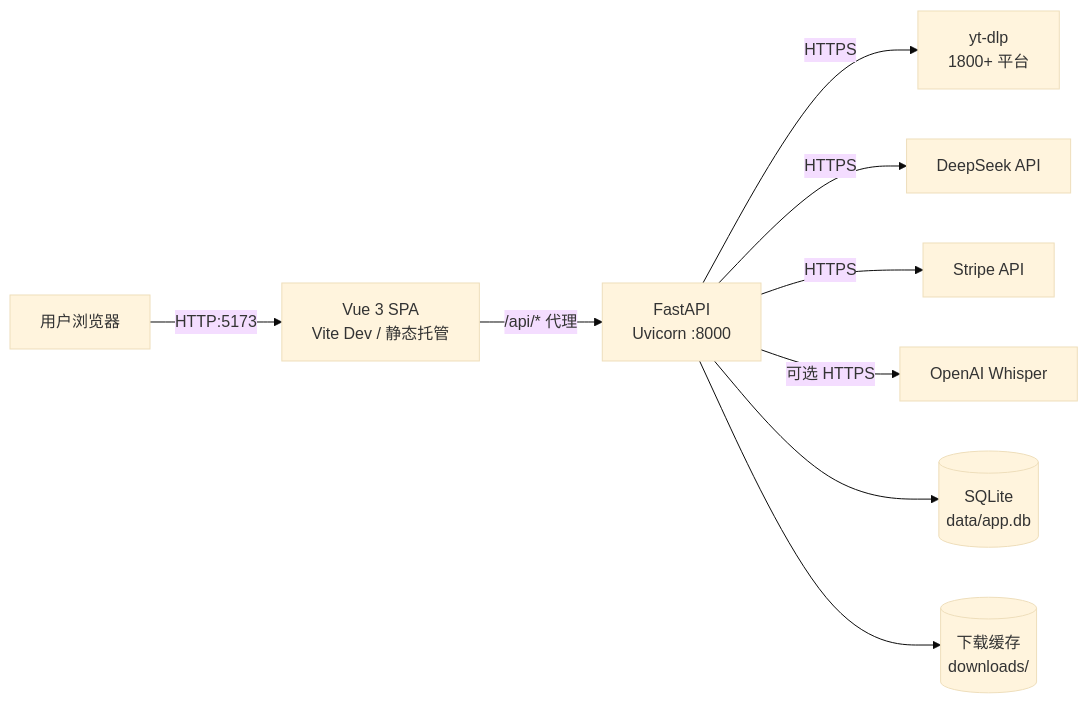
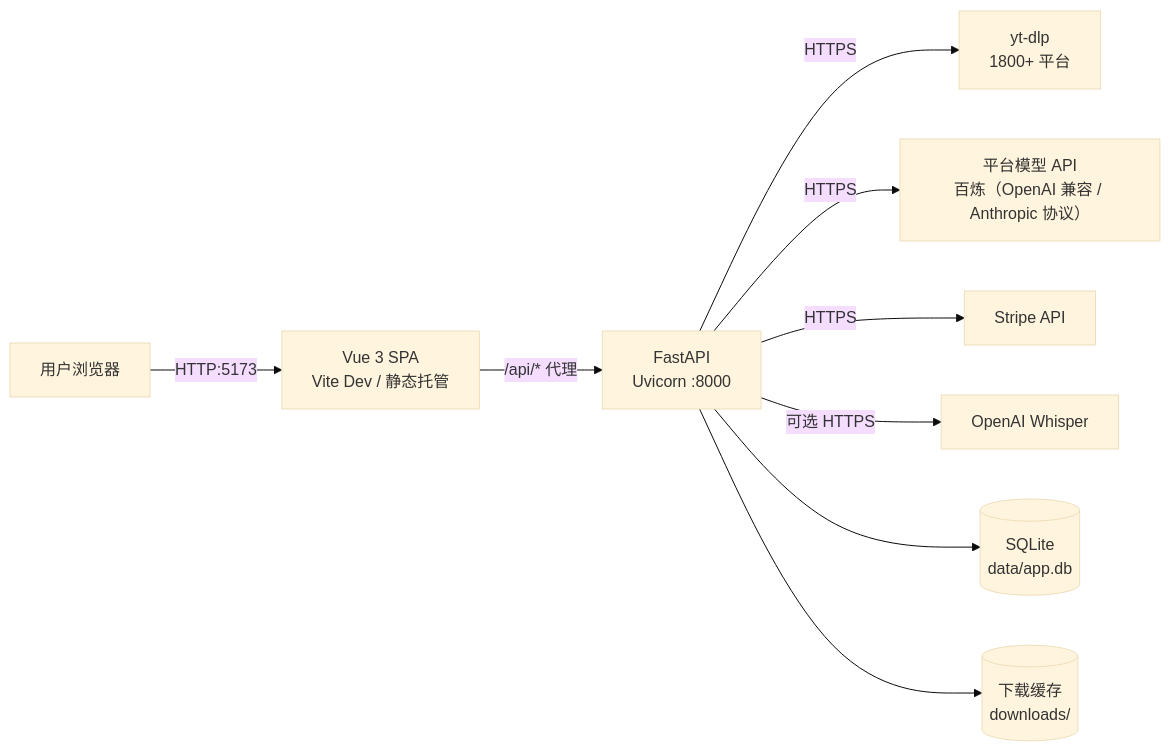
The diagram in docs/OPERATIONS.md (meisijiya/VidDigest), drawn with Mermaid (base theme) before and after one commit. The commit also changed other lines of this file and 9 other files, not shown here.

````diff
--- a/docs/OPERATIONS.md
+++ b/docs/OPERATIONS.md
@@ -34,11 +34,11 @@
 ```mermaid
 graph LR
   U[用户浏览器] -->|HTTP:5173| FE[Vue 3 SPA<br/>Vite Dev / 静态托管]
   FE -->|/api/* 代理| BE[FastAPI<br/>Uvicorn :8000]
   BE -->|HTTPS| YT[yt-dlp<br/>1800+ 平台]
-  BE -->|HTTPS| DS[DeepSeek API]
+  BE -->|HTTPS| LLM[平台模型 API<br/>百炼（OpenAI 兼容 / Anthropic 协议）]
   BE -->|HTTPS| ST[Stripe API]
   BE -->|可选 HTTPS| OA[OpenAI Whisper]
   BE --> DB[(SQLite<br/>data/app.db)]
   BE --> FS[(下载缓存<br/>downloads/)]
 ```
````
